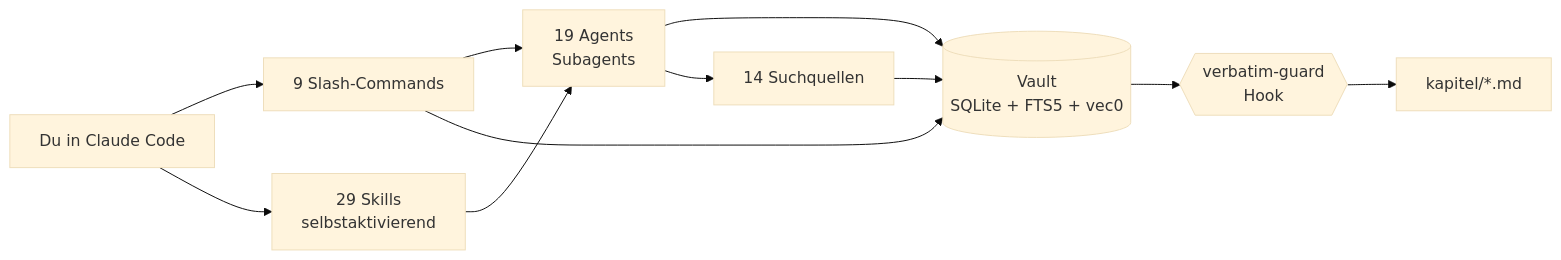
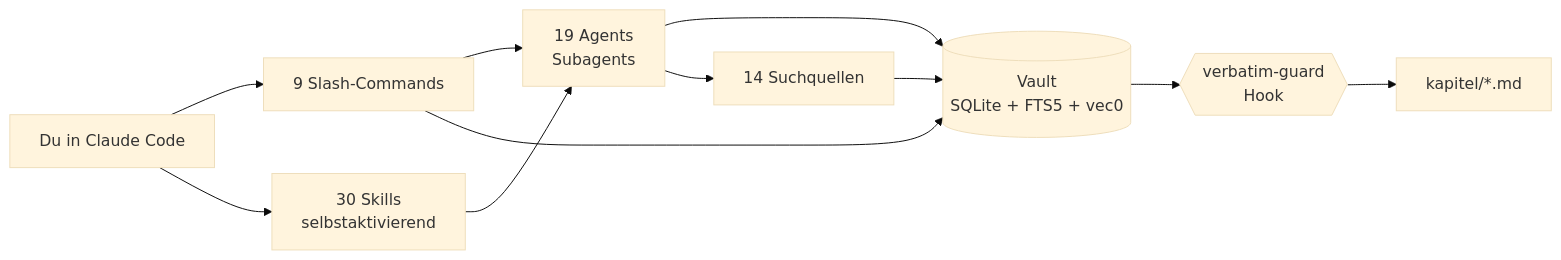
One commit to ahlerjam/academic-research changed the diagram in README.md. Above: the diagram before and after it, drawn with Mermaid (base theme). The commit also changed other lines of this file and 19 other files, not shown here.

````diff
--- a/README.md
+++ b/README.md
@@ -75,13 +75,13 @@
 ```mermaid
 graph LR
     U[Du in Claude Code] --> C[9 Slash-Commands]
-    U --> S[29 Skills<br/>selbstaktivierend]
+    U --> S[30 Skills<br/>selbstaktivierend]
     C --> A[19 Agents<br/>Subagents]
     S --> A
     A --> V[(Vault<br/>SQLite + FTS5 + vec0)]
     C --> V
     A --> Q[14 Suchquellen]
     Q --> V
     V --> H{{verbatim-guard<br/>Hook}}
     H --> K[kapitel/*.md]
 ```
````
